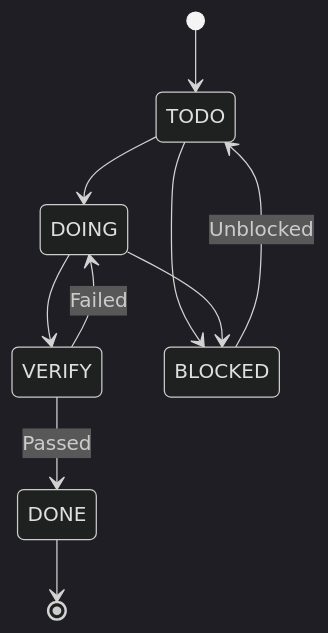
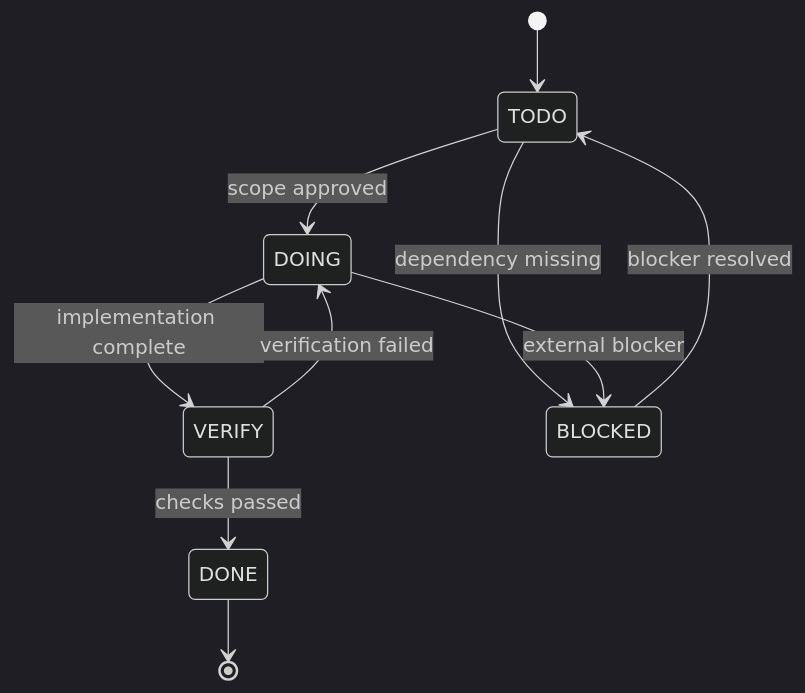
The ninth of 11 diagrams in docs/DEVELOPMENT_FLOW.md (Transient-Onlooker/tg-note-agent-web), drawn with Mermaid (dark theme) before and after one commit. The commit also changed other lines of this file, not shown here.

Commit message:
Improve development workflow diagrams

````diff
--- a/docs/DEVELOPMENT_FLOW.md
+++ b/docs/DEVELOPMENT_FLOW.md
@@ -469,18 +264,12 @@
 ```mermaid
 stateDiagram-v2
-
     [*] --> TODO
-
-    TODO --> DOING
-    DOING --> VERIFY
-
-    VERIFY --> DOING: Failed
-    VERIFY --> DONE: Passed
-
-    TODO --> BLOCKED
-    DOING --> BLOCKED
-
-    BLOCKED --> TODO: Unblocked
-
+    TODO --> DOING: scope approved
+    DOING --> VERIFY: implementation complete
+    VERIFY --> DOING: verification failed
+    VERIFY --> DONE: checks passed
+    TODO --> BLOCKED: dependency missing
+    DOING --> BLOCKED: external blocker
+    BLOCKED --> TODO: blocker resolved
     DONE --> [*]
 ```
````
